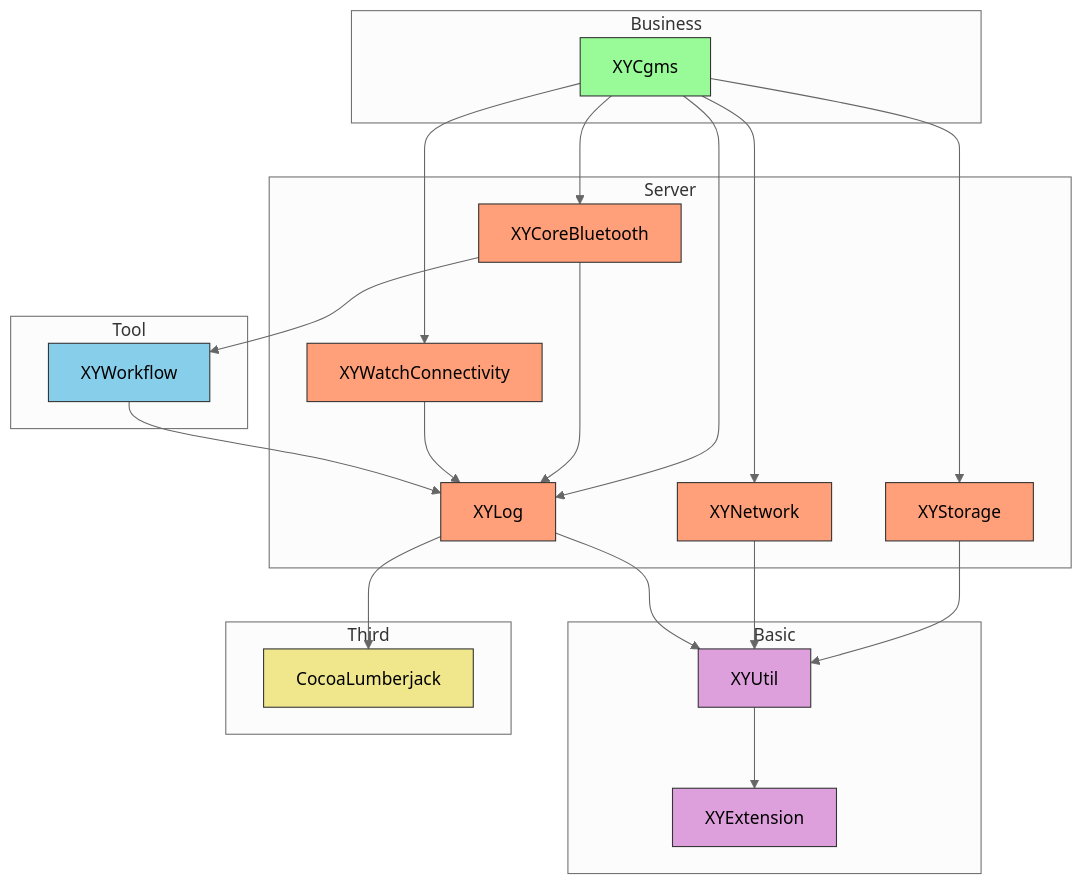
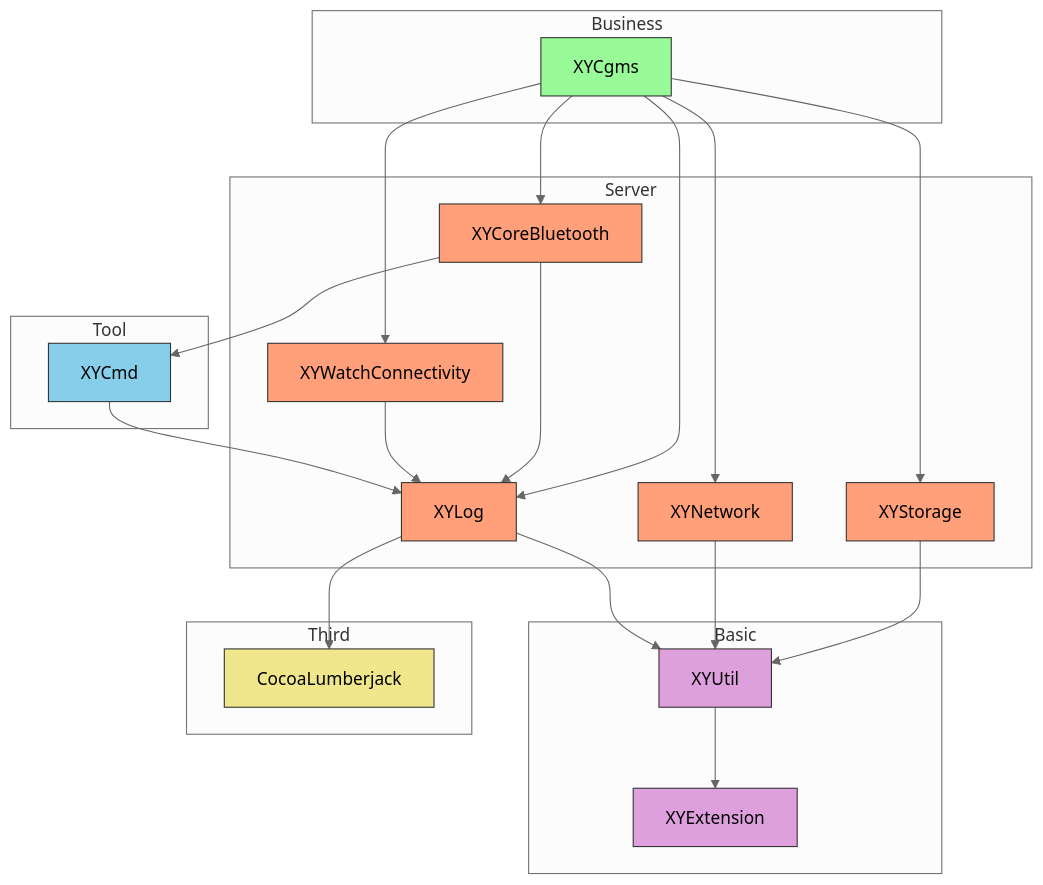
One commit to huangsf89757/XYLib changed the second of 2 diagrams in README.md. Above: the diagram before and after it, drawn with Mermaid (neutral theme). The commit also changed 194 other files, not shown here.

````diff
--- a/README.md
+++ b/README.md
@@ -62,60 +62,60 @@
 ```mermaid
 graph TD
     A[XYCgms] --> B[XYCoreBluetooth]
     A --> C[XYWatchConnectivity]
     A --> D[XYStorage]
     A --> E[XYNetwork]
     A --> F[XYLog]
     
     B --> F
-    B --> G[XYWorkflow]
+    B --> G[XYCmd]
     
     C --> F
     
     D --> H[XYUtil]
     
     E --> H
     
     G --> F
     
     F --> H
     F --> I[CocoaLumberjack]
     
     H --> J[XYExtension]
     
     subgraph Business
         A
     end
     
     subgraph Server
         B
         C
         D
         E
         F
     end
     
     subgraph Tool
         G
     end
     
     subgraph Basic
         H
         J
     end
     
     subgraph Third
         I
     end
     
     style A fill:#98FB98,stroke:#333
     style B fill:#FFA07A,stroke:#333
     style C fill:#FFA07A,stroke:#333
     style D fill:#FFA07A,stroke:#333
     style E fill:#FFA07A,stroke:#333
     style F fill:#FFA07A,stroke:#333
     style G fill:#87CEEB,stroke:#333
     style H fill:#DDA0DD,stroke:#333
     style I fill:#F0E68C,stroke:#333
     style J fill:#DDA0DD,stroke:#333
 ```
````
